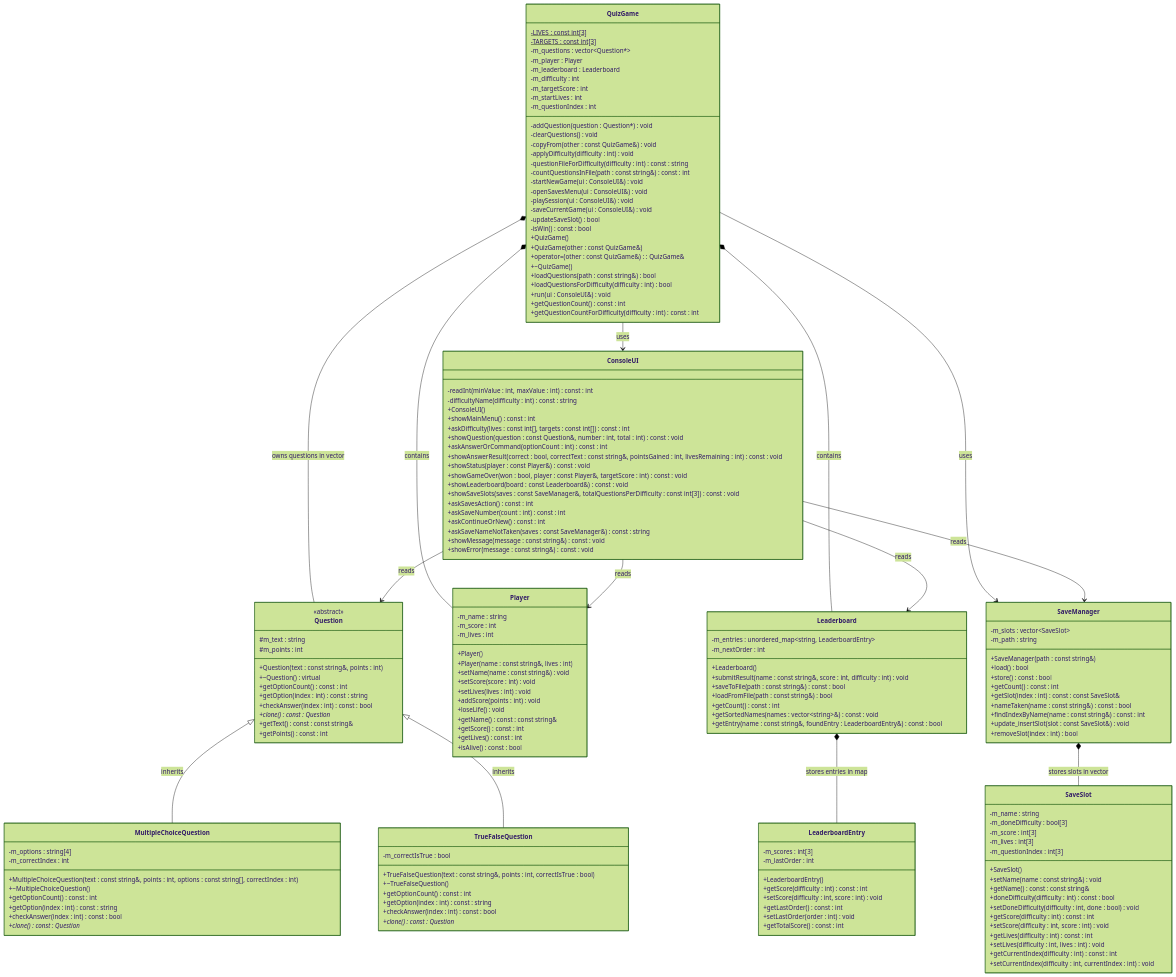
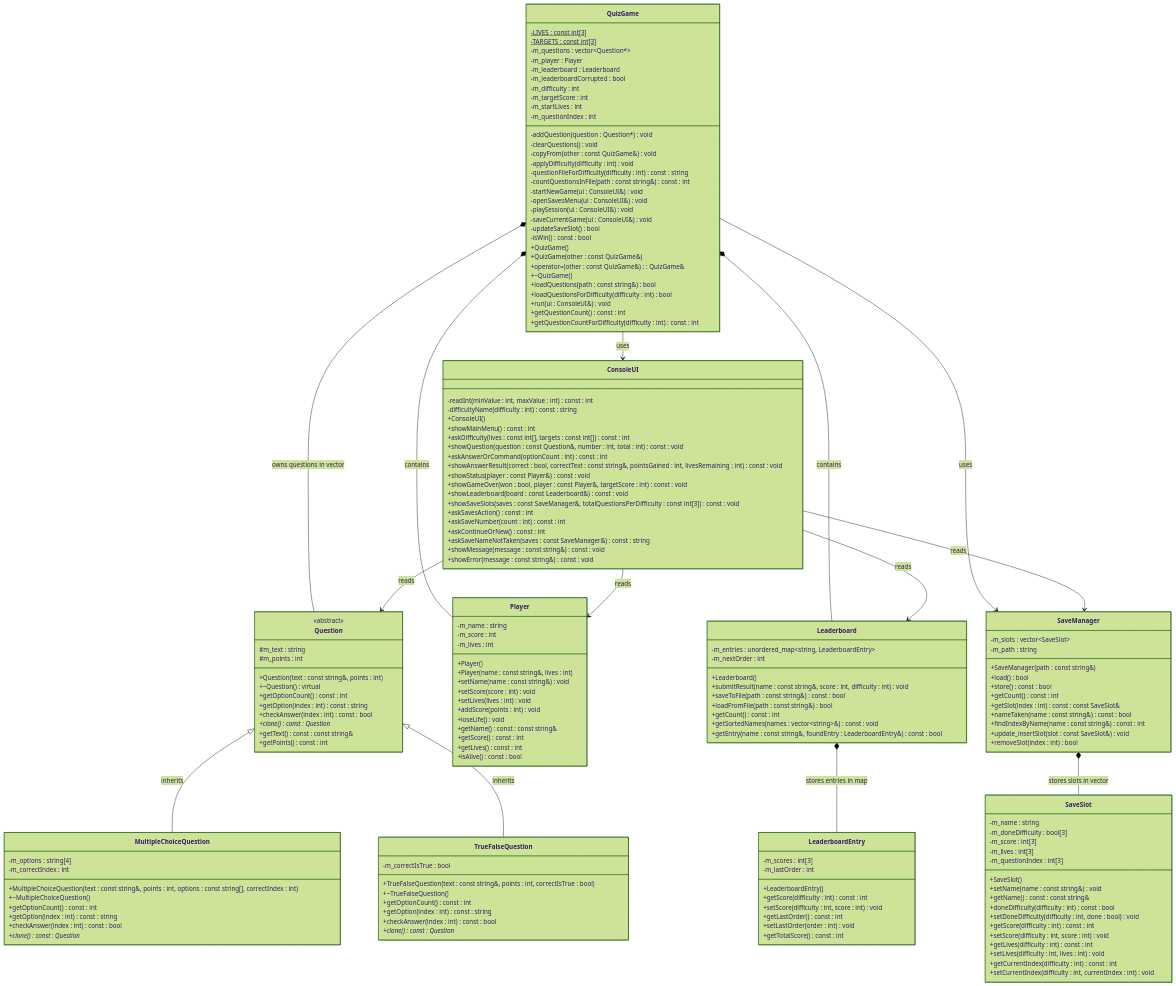
One commit to xGota7/Oop-Final-Project changed the diagram in md Files/uml_diagram.md. Above: the diagram before and after it, drawn with Mermaid (forest theme). The commit also changed other lines of this file and 6 other files, not shown here.

```diff
--- a/md Files/uml_diagram.md
+++ b/md Files/uml_diagram.md
@@ -124,6 +124,7 @@
         -m_questions : vector~Question*~
         -m_player : Player
         -m_leaderboard : Leaderboard
+        -m_leaderboardCorrupted : bool
         -m_difficulty : int
         -m_targetScore : int
         -m_startLives : int
```
